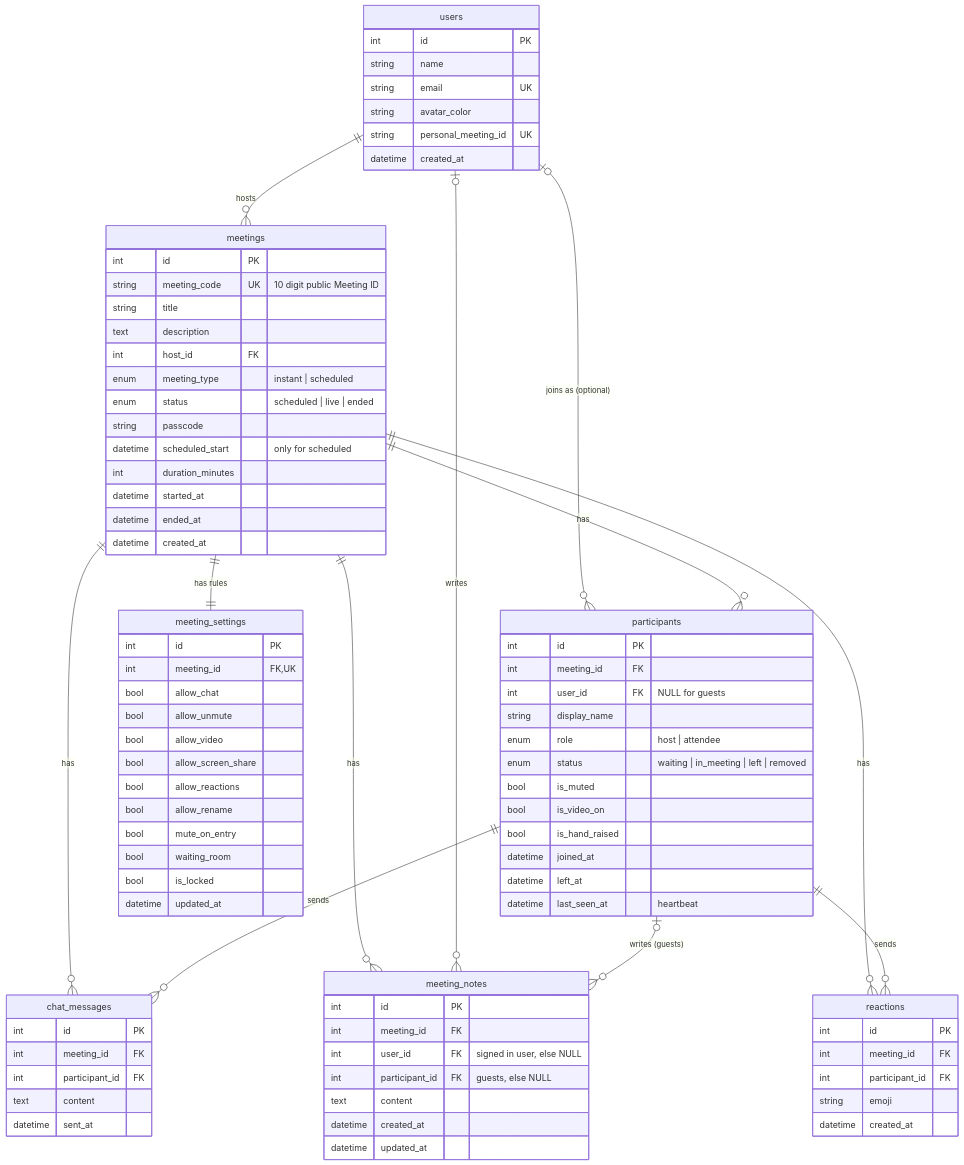
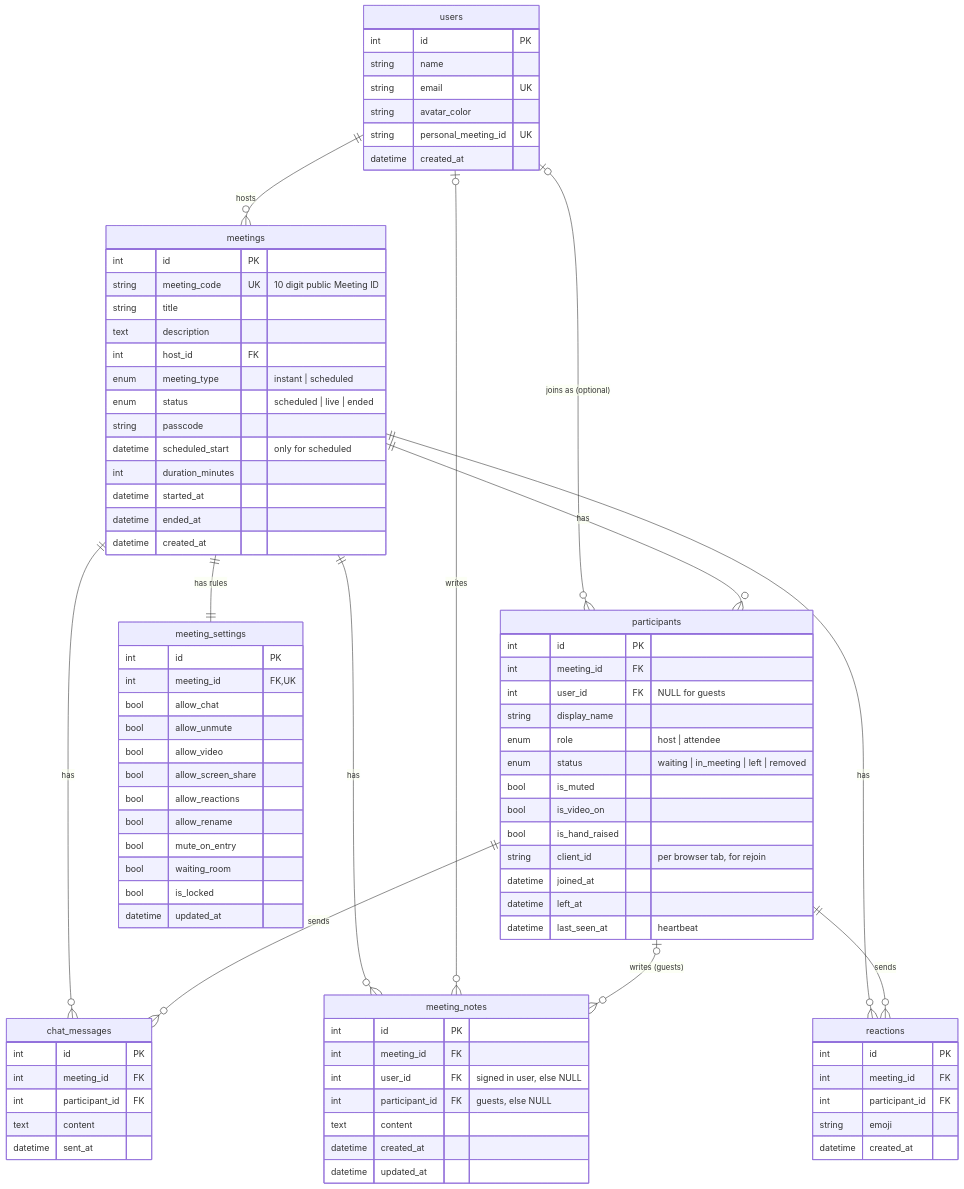
Before and after one commit to KrishRally/ScalerAI_zoom_clone: the diagram in README.md, drawn with Mermaid. The commit also changed other lines of this file and 10 other files, not shown here.

```diff
--- a/README.md
+++ b/README.md
@@ -110,6 +112,7 @@
         bool is_muted
         bool is_video_on
         bool is_hand_raised
+        string client_id "per browser tab, for rejoin"
         datetime joined_at
         datetime left_at
         datetime last_seen_at "heartbeat"
```
